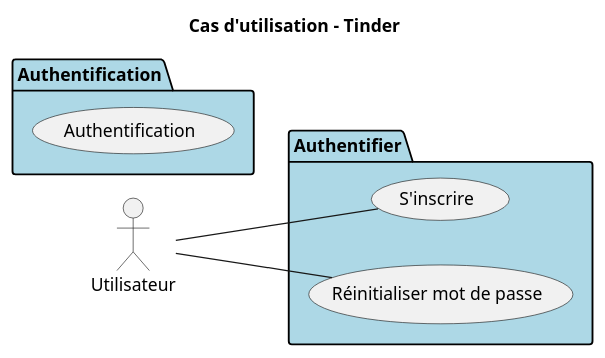
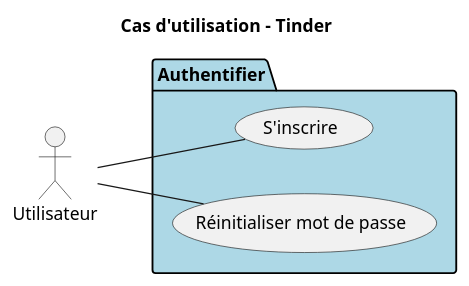
The diagram in src/Projet_Tinder_Cas_Utilisation_Authentifier.puml (MinaroliCorentin/PSO), drawn with PlantUML before and after one commit. The commit also changed 2 other files, not shown here.

```diff
--- a/src/Projet_Tinder_Cas_Utilisation_Authentifier.puml
+++ b/src/Projet_Tinder_Cas_Utilisation_Authentifier.puml
@@ -1,23 +1,18 @@
 @startuml
 
 left to right direction
 title Cas d'utilisation - Tinder
 
 actor Utilisateur
 
-package "Authentification" #LightBlue {
-
-    usecase "Authentification" as auth
-
-}
 
 package "Authentifier" #LightBlue {
 
     usecase "S'inscrire" as auth_inscription
     usecase "Réinitialiser mot de passe" as auth_reset_mdp
 
     Utilisateur -- auth_inscription
     Utilisateur -- auth_reset_mdp
 
 }
 @enduml
```
